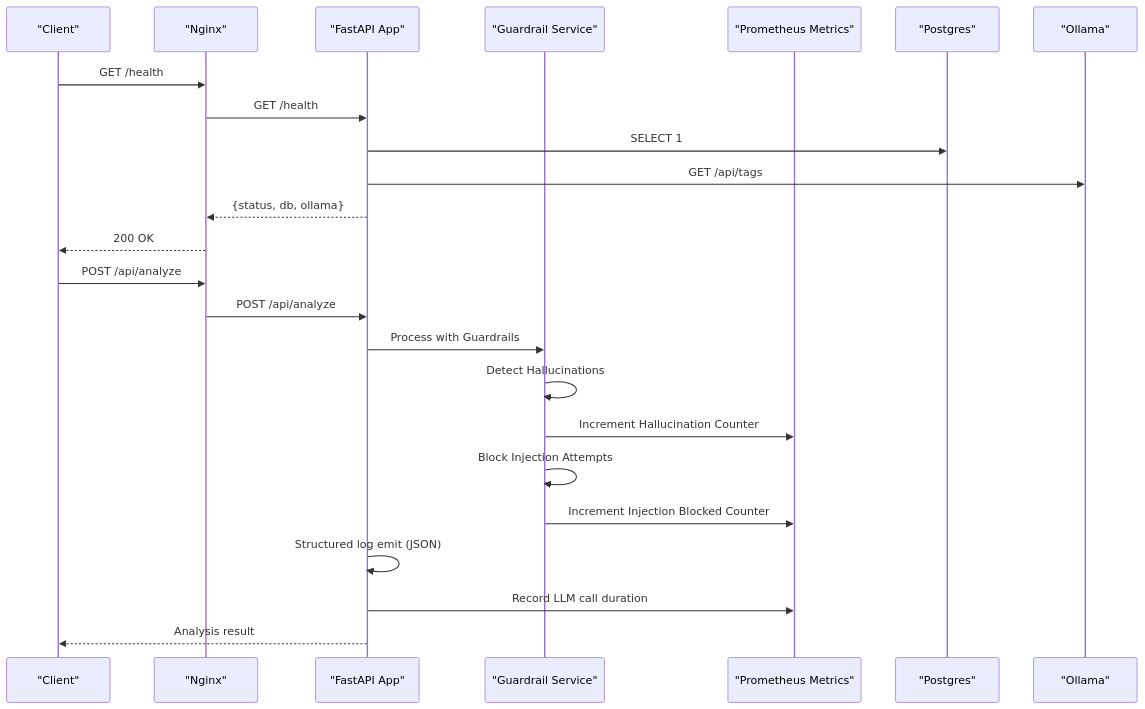
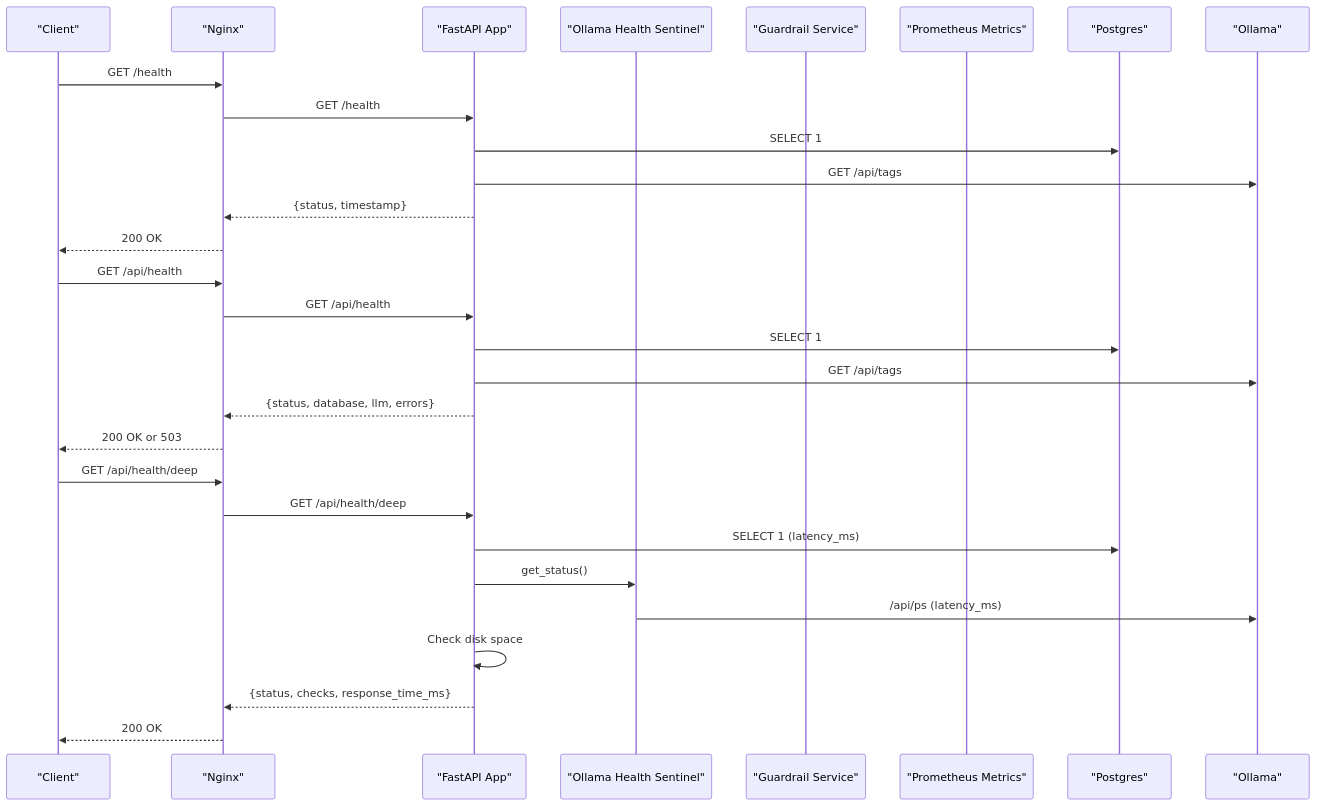
One commit to Revanththetalogics/aireume changed the second of 4 diagrams in .qoder/repowiki/en/content/Deployment & DevOps/Monitoring & Logging.md. Above: the diagram before and after it, drawn with Mermaid. The commit also changed other lines of this file and 15 other files, not shown here.

````diff
--- a/.qoder/repowiki/en/content/Deployment & DevOps/Monitoring & Logging.md
+++ b/.qoder/repowiki/en/content/Deployment & DevOps/Monitoring & Logging.md
@@ -168,26 +171,31 @@
 ```mermaid
 sequenceDiagram
 participant Client as "Client"
 participant Nginx as "Nginx"
 participant API as "FastAPI App"
+participant Sentinel as "Ollama Health Sentinel"
 participant Guardrail as "Guardrail Service"
 participant Metrics as "Prometheus Metrics"
 participant DB as "Postgres"
 participant LLM as "Ollama"
 Client->>Nginx : GET /health
 Nginx->>API : GET /health
 API->>DB : SELECT 1
 API->>LLM : GET /api/tags
-API-->>Nginx : {status, db, ollama}
+API-->>Nginx : {status, timestamp}
 Nginx-->>Client : 200 OK
-Client->>Nginx : POST /api/analyze
-Nginx->>API : POST /api/analyze
-API->>Guardrail : Process with Guardrails
-Guardrail->>Guardrail : Detect Hallucinations
-Guardrail->>Metrics : Increment Hallucination Counter
-Guardrail->>Guardrail : Block Injection Attempts
-Guardrail->>Metrics : Increment Injection Blocked Counter
-API->>API : Structured log emit (JSON)
-API->>Metrics : Record LLM call duration
-API-->>Client : Analysis result
+Client->>Nginx : GET /api/health
+Nginx->>API : GET /api/health
+API->>DB : SELECT 1
+API->>LLM : GET /api/tags
+API-->>Nginx : {status, database, llm, errors}
+Nginx-->>Client : 200 OK or 503
+Client->>Nginx : GET /api/health/deep
+Nginx->>API : GET /api/health/deep
+API->>DB : SELECT 1 (latency_ms)
+API->>Sentinel : get_status()
+Sentinel->>LLM : /api/ps (latency_ms)
+API->>API : Check disk space
+API-->>Nginx : {status, checks, response_time_ms}
+Nginx-->>Client : 200 OK
 ```
````
